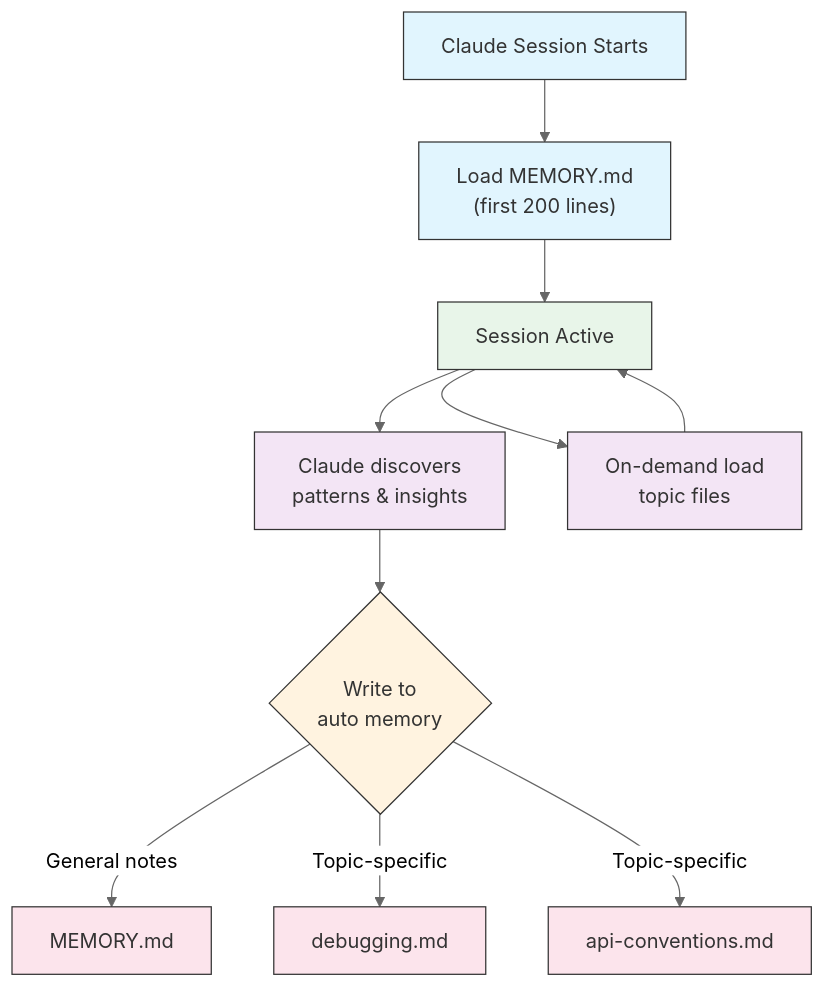
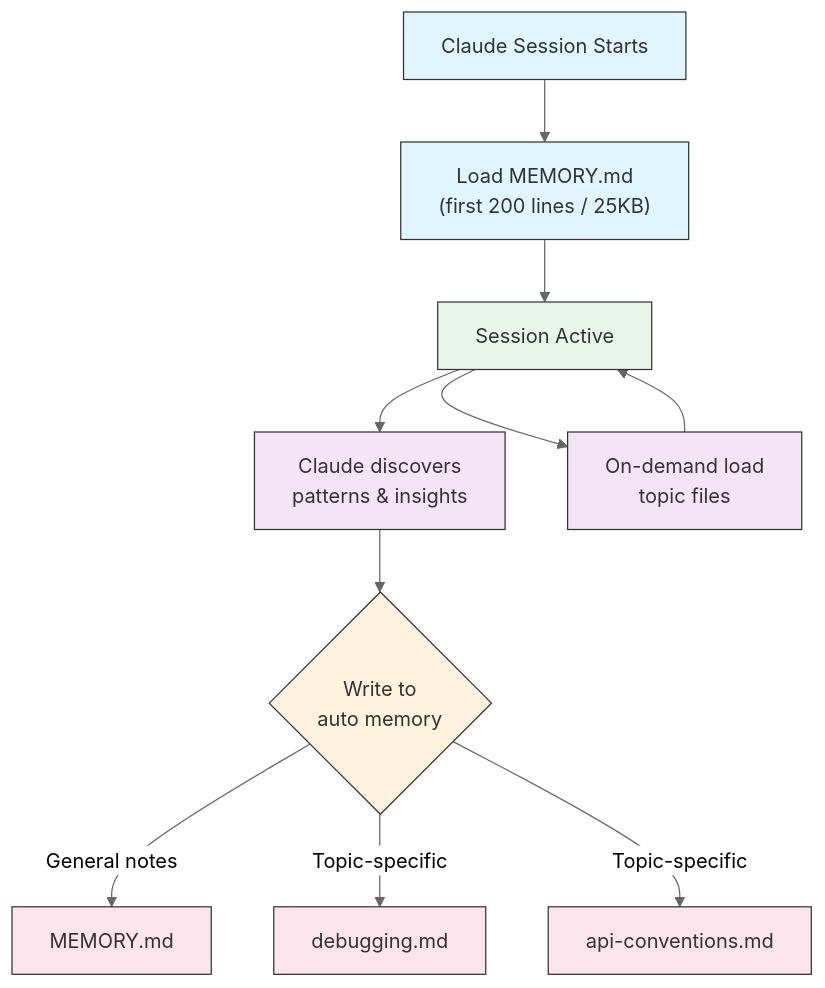
One commit to luongnv89/claude-howto changed the fourth of 5 diagrams in 02-memory/README.md. Above: the diagram before and after it, drawn with Mermaid (neutral theme). The commit also changed other lines of this file and 43 other files, not shown here.

````diff
--- a/02-memory/README.md
+++ b/02-memory/README.md
@@ -431,22 +431,22 @@
 ```mermaid
 graph TD
-    A["Claude Session Starts"] --> B["Load MEMORY.md<br/>(first 200 lines)"]
+    A["Claude Session Starts"] --> B["Load MEMORY.md<br/>(first 200 lines / 25KB)"]
     B --> C["Session Active"]
     C --> D["Claude discovers<br/>patterns & insights"]
     D --> E{"Write to<br/>auto memory"}
     E -->|General notes| F["MEMORY.md"]
     E -->|Topic-specific| G["debugging.md"]
     E -->|Topic-specific| H["api-conventions.md"]
     C --> I["On-demand load<br/>topic files"]
     I --> C
 
     style A fill:#e1f5fe,stroke:#333,color:#333
     style B fill:#e1f5fe,stroke:#333,color:#333
     style C fill:#e8f5e9,stroke:#333,color:#333
     style D fill:#f3e5f5,stroke:#333,color:#333
     style E fill:#fff3e0,stroke:#333,color:#333
     style F fill:#fce4ec,stroke:#333,color:#333
     style G fill:#fce4ec,stroke:#333,color:#333
     style H fill:#fce4ec,stroke:#333,color:#333
     style I fill:#f3e5f5,stroke:#333,color:#333
 ```
````
